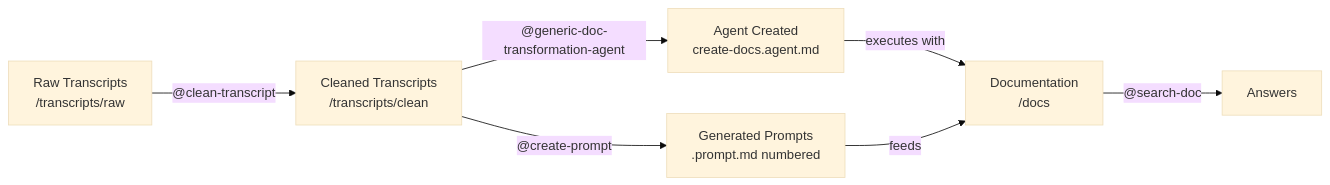
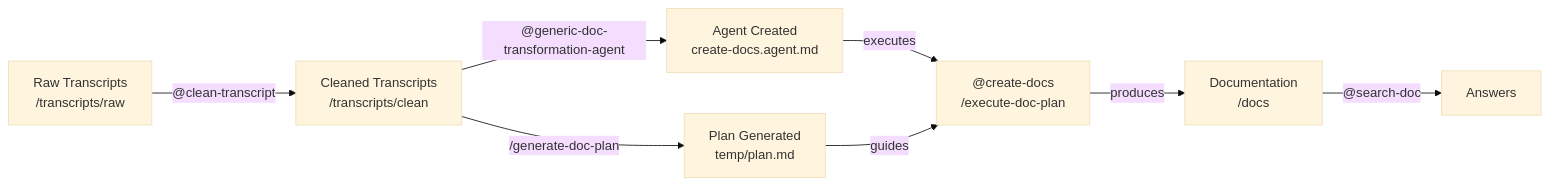
One commit to BBoyBen/transcript-to-documentation changed the diagram in README.md. Above: the diagram before and after it, drawn with Mermaid (base theme). The commit also changed other lines of this file and 4 other files, not shown here.

````diff
--- a/README.md
+++ b/README.md
@@ -233,9 +233,10 @@
 ```mermaid
 graph LR
     A["Raw Transcripts<br/>/transcripts/raw"] -->|"@clean-transcript"| B["Cleaned Transcripts<br/>/transcripts/clean"]
     B -->|"@generic-doc-transformation-agent"| C["Agent Created<br/>create-docs.agent.md"]
-    B -->|"@create-prompt"| D["Generated Prompts<br/>.prompt.md numbered"]
-    C -->|"executes with"| E["Documentation<br/>/docs"]
-    D -->|"feeds"| E
-    E -->|"@search-doc"| F["Answers"]
+    B -->|"/generate-doc-plan"| D["Plan Generated<br/>temp/plan.md"]
+    C -->|"executes"| E["@create-docs<br/>/execute-doc-plan"]
+    D -->|"guides"| E
+    E -->|"produces"| F["Documentation<br/>/docs"]
+    F -->|"@search-doc"| G["Answers"]
 ```
````
